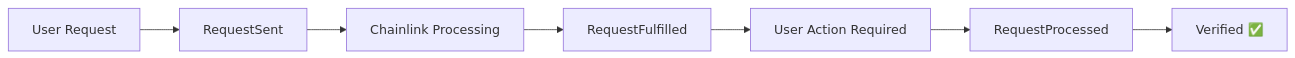
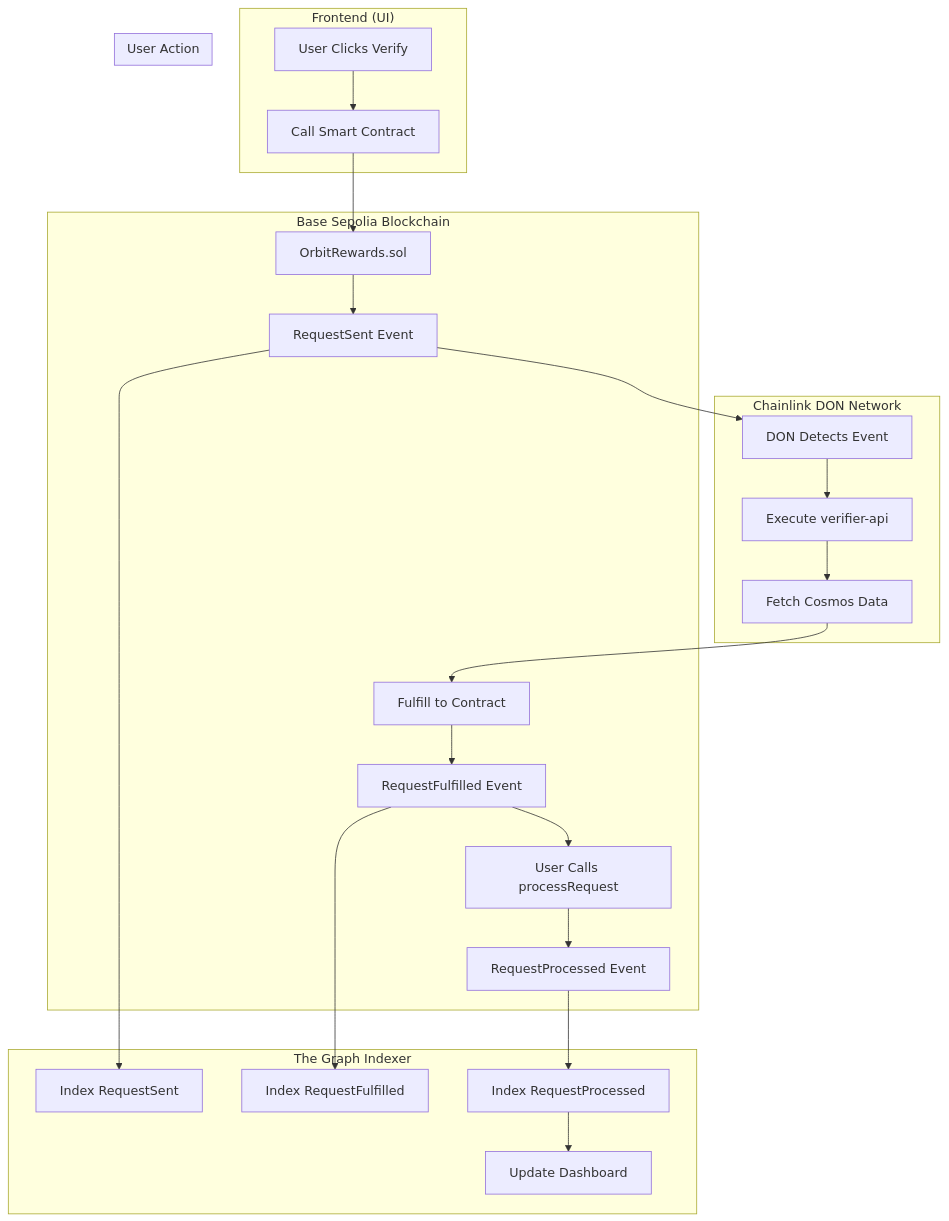
Before and after one commit to piatoss3612/keplr-jeju-ideathon: the diagram in README.md, drawn with Mermaid. The commit also changed other lines of this file, not shown here.

````diff
--- a/README.md
+++ b/README.md
@@ -20,9 +20,31 @@
 ```mermaid
-graph LR
-    A[User Request] --> B[RequestSent]
-    B --> C[Chainlink Processing]
-    C --> D[RequestFulfilled]
-    D --> E[User Action Required]
-    E --> F[RequestProcessed]
-    F --> G[Verified ✅]
+graph TB
+    subgraph "Frontend (UI)"
+        A[User Clicks Verify] --> B[Call Smart Contract]
+    end
+
+    subgraph "Base Sepolia Blockchain"
+        B --> C[OrbitRewards.sol]
+        C --> D[RequestSent Event]
+        H --> I[RequestFulfilled Event]
+        J --> K[RequestProcessed Event]
+    end
+
+    subgraph "Chainlink DON Network"
+        D --> E[DON Detects Event]
+        E --> F[Execute verifier-api]
+        F --> G[Fetch Cosmos Data]
+        G --> H[Fulfill to Contract]
+    end
+
+    subgraph "The Graph Indexer"
+        D --> L[Index RequestSent]
+        I --> M[Index RequestFulfilled]
+        K --> N[Index RequestProcessed]
+        N --> O[Update Dashboard]
+    end
+
+    subgraph "User Action"
+        I --> J[User Calls processRequest]
+    end
 ```
````
